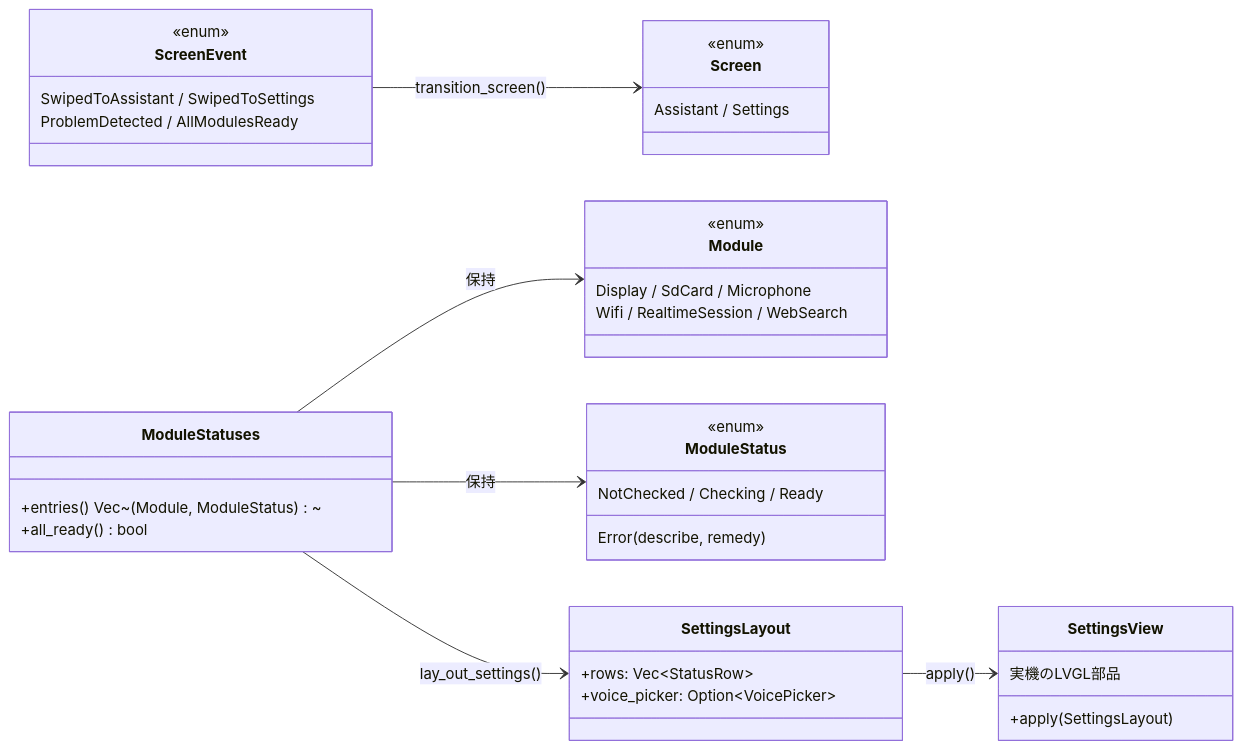
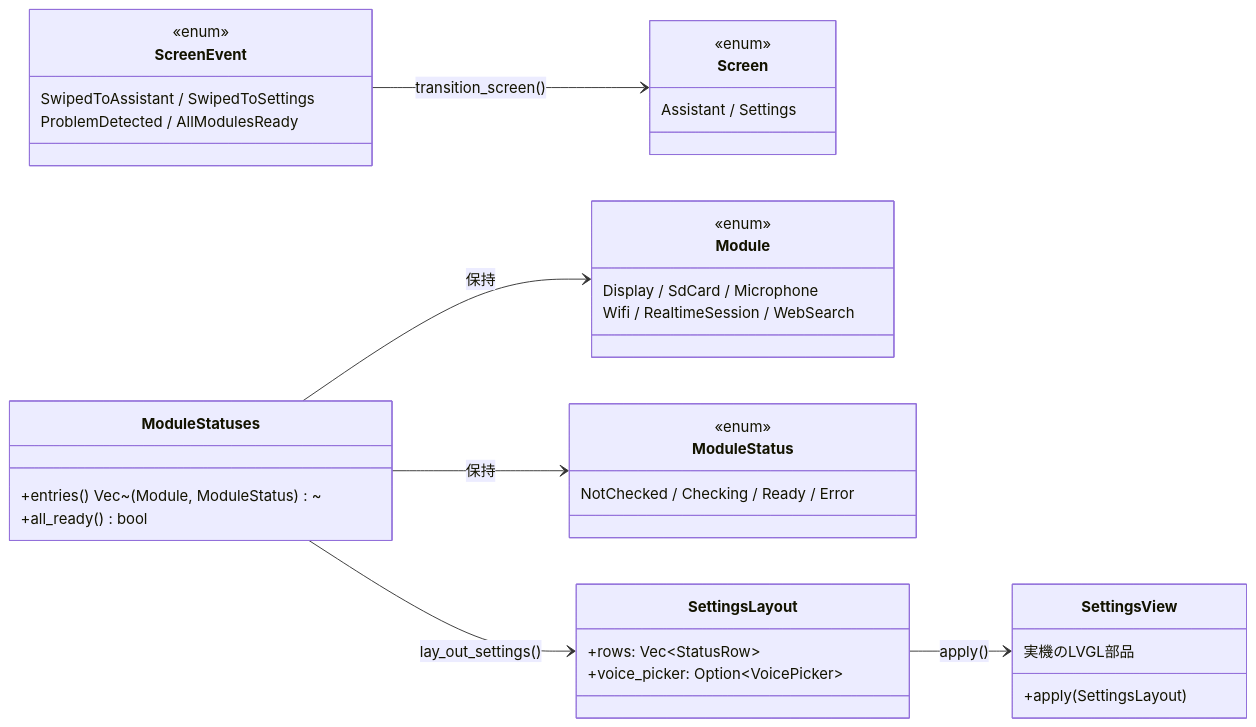
Before and after one commit to kibou-vision/m5a: the diagram in docs/design/settings.md, drawn with Mermaid. The commit also changed other lines of this file and 5 other files, not shown here.

````diff
--- a/docs/design/settings.md
+++ b/docs/design/settings.md
@@ -7,48 +7,47 @@
 ```mermaid
 classDiagram
   direction LR
 
   class Screen {
     <<enum>>
     Assistant / Settings
   }
 
   class ScreenEvent {
     <<enum>>
     SwipedToAssistant / SwipedToSettings
     ProblemDetected / AllModulesReady
   }
 
   class Module {
     <<enum>>
     Display / SdCard / Microphone
     Wifi / RealtimeSession / WebSearch
   }
 
   class ModuleStatus {
     <<enum>>
-    NotChecked / Checking / Ready
-    Error(describe, remedy)
+    NotChecked / Checking / Ready / Error
   }
 
   class ModuleStatuses {
     +entries() Vec~(Module, ModuleStatus)~
     +all_ready() bool
   }
 
   class SettingsLayout {
     +rows: Vec~StatusRow~
     +voice_picker: Option~VoicePicker~
   }
 
   class SettingsView {
     実機のLVGL部品
     +apply(SettingsLayout)
   }
 
   ModuleStatuses --> ModuleStatus : 保持
   ModuleStatuses --> Module : 保持
   ModuleStatuses --> SettingsLayout : lay_out_settings()
   SettingsLayout --> SettingsView : apply()
   ScreenEvent --> Screen : transition_screen()
 ```
````
